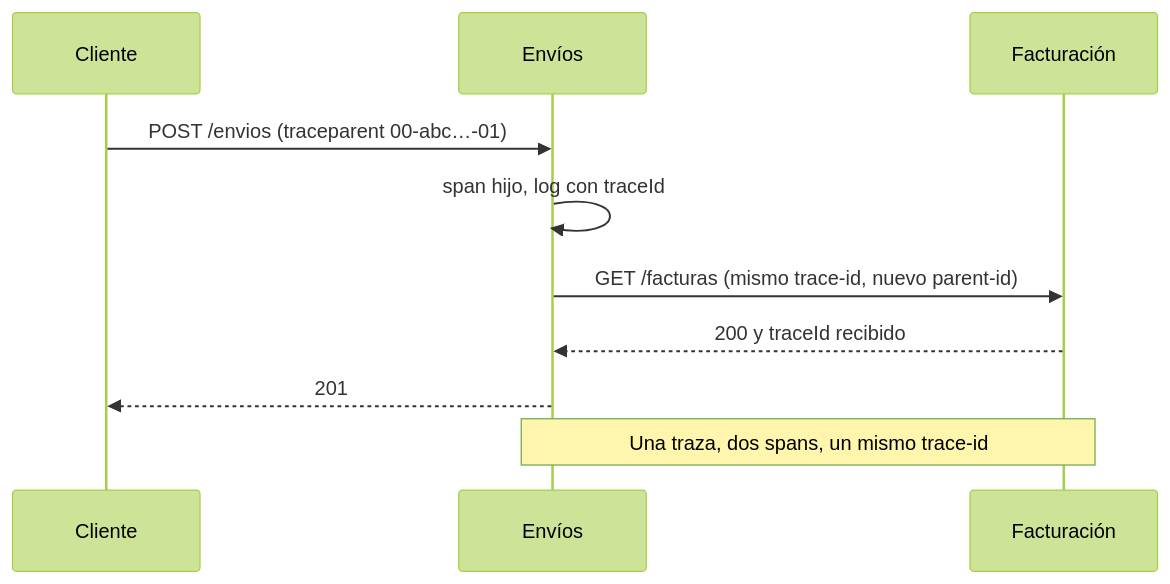
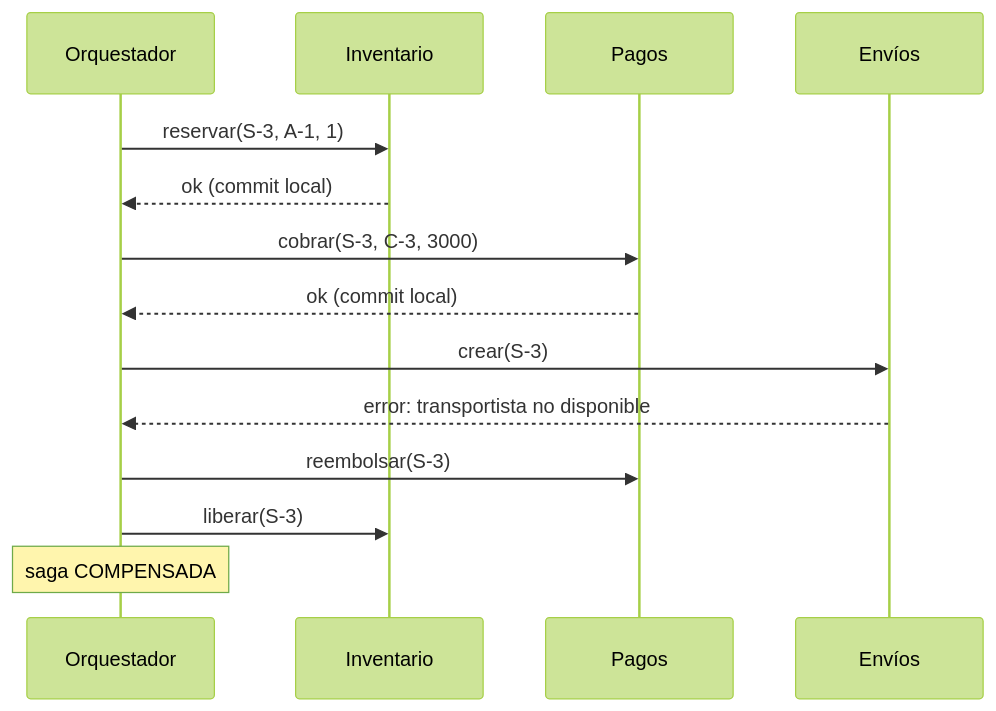
Before and after one commit to NICORUIZ93/The_Imperial_Book: the third of 4 diagrams in web/public/content/arquitectura/modulo-4.md, drawn with Mermaid (forest theme). The commit also changed other lines of this file and 3 other files, not shown here.

````diff
--- a/web/public/content/arquitectura/modulo-4.md
+++ b/web/public/content/arquitectura/modulo-4.md
@@ -325,12 +857,16 @@
 ```mermaid
 sequenceDiagram
-  participant C as Cliente
-  participant E as Envíos
-  participant F as Facturación
-  C->>E: POST /envios (traceparent 00-abc…-01)
-  E->>E: span hijo, log con traceId
-  E->>F: GET /facturas (mismo trace-id, nuevo parent-id)
-  F-->>E: 200 y traceId recibido
-  E-->>C: 201
-  Note over E,F: Una traza, dos spans, un mismo trace-id
+    participant O as Orquestador
+    participant I as Inventario
+    participant P as Pagos
+    participant E as Envíos
+    O->>I: reservar(S-3, A-1, 1)
+    I-->>O: ok (commit local)
+    O->>P: cobrar(S-3, C-3, 3000)
+    P-->>O: ok (commit local)
+    O->>E: crear(S-3)
+    E-->>O: error: transportista no disponible
+    O->>P: reembolsar(S-3)
+    O->>I: liberar(S-3)
+    Note over O: saga COMPENSADA
 ```
````
